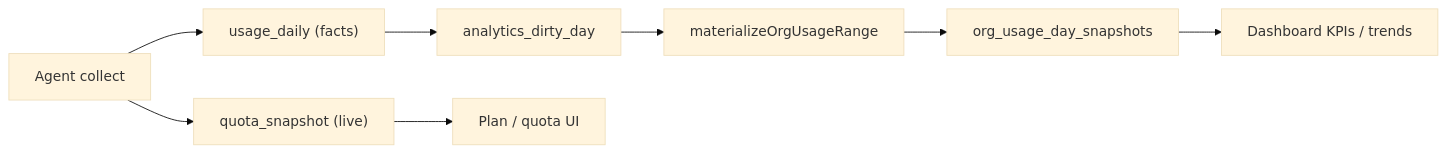
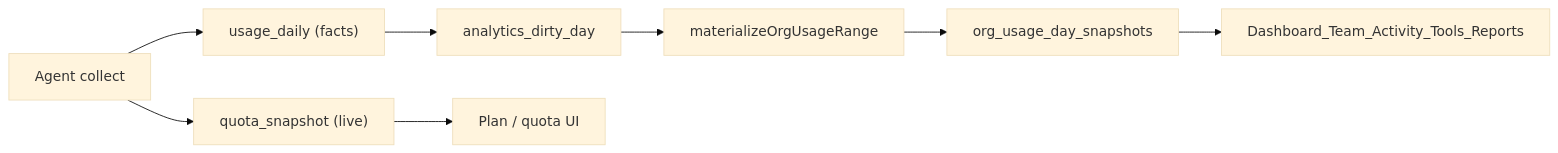
One commit to Dinuda/usejunction changed the diagram in docs/dashboard-snapshots.md. Above: the diagram before and after it, drawn with Mermaid (base theme). The commit also changed other lines of this file and 111 other files, not shown here.

````diff
--- a/docs/dashboard-snapshots.md
+++ b/docs/dashboard-snapshots.md
@@ -15,10 +15,10 @@
 ```mermaid
 flowchart LR
   Agent["Agent collect"] --> UD["usage_daily (facts)"]
   Agent --> QS["quota_snapshot (live)"]
   UD --> Dirty["analytics_dirty_day"]
   Dirty --> Mat["materializeOrgUsageRange"]
   Mat --> Snap["org_usage_day_snapshots"]
-  Snap --> Dash["Dashboard KPIs / trends"]
+  Snap --> Pages["Dashboard_Team_Activity_Tools_Reports"]
   QS --> QuotaUI["Plan / quota UI"]
 ```
````
